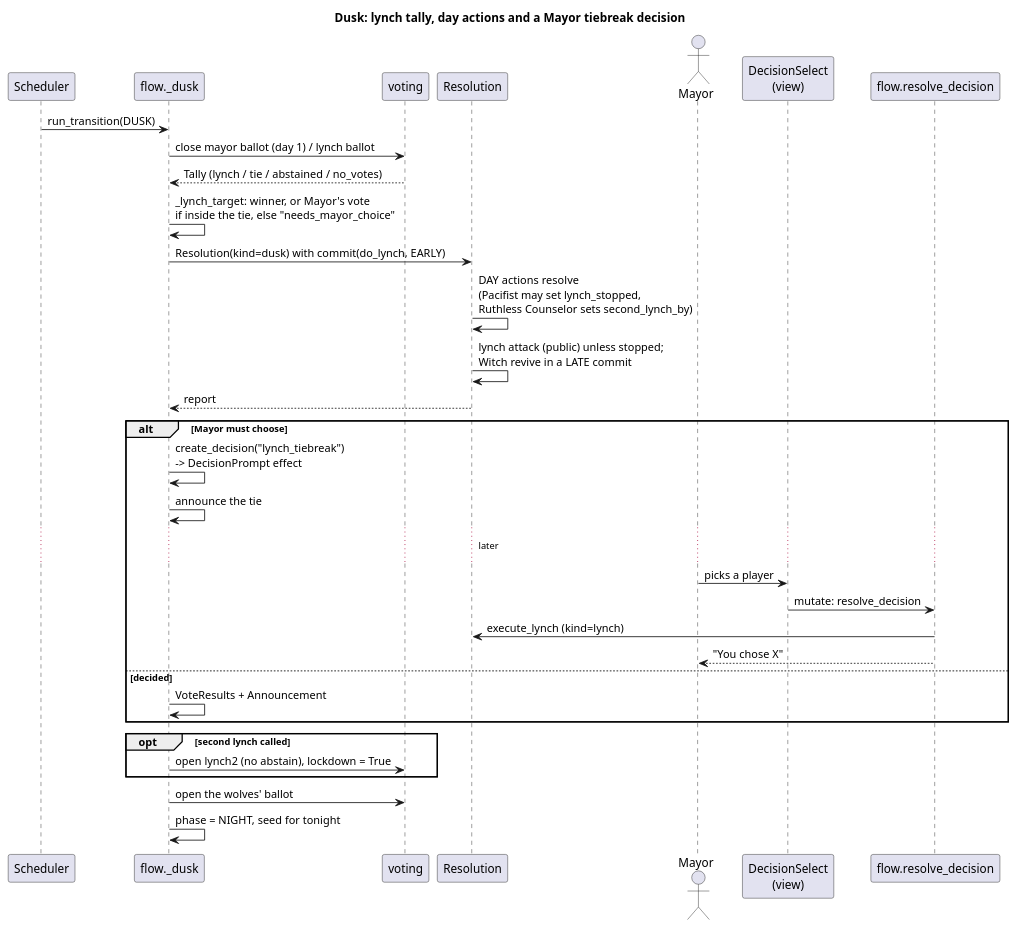
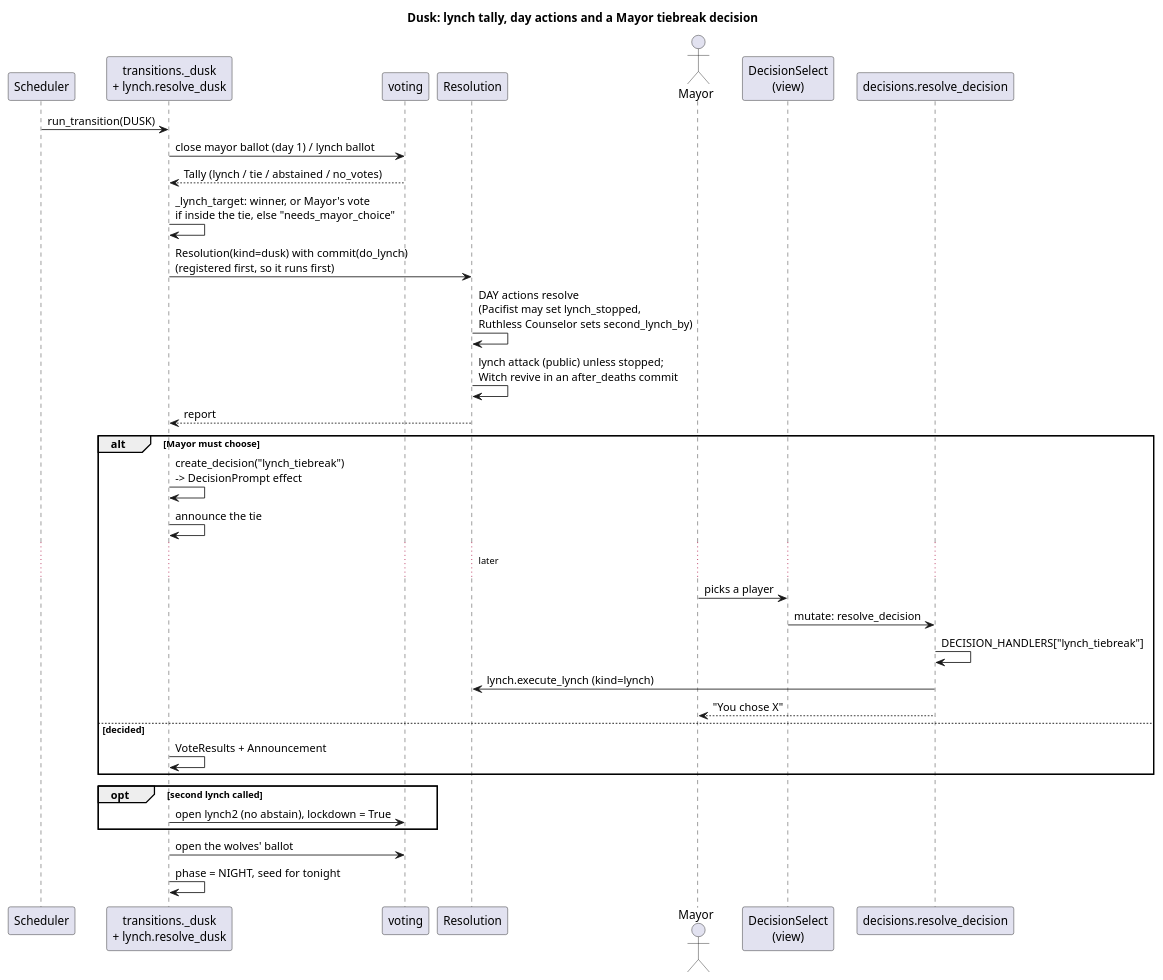
One commit to Mad-Scientist-Guild/Werewolves-bot changed the diagram in Docs/diagrams/12-seq-dusk-and-decision.puml. Above: the diagram before and after it, drawn with PlantUML. The commit also changed 87 other files, not shown here.

```diff
--- a/Docs/diagrams/12-seq-dusk-and-decision.puml
+++ b/Docs/diagrams/12-seq-dusk-and-decision.puml
@@ -1,36 +1,37 @@
 @startuml 12-seq-dusk-and-decision
 title Dusk: lynch tally, day actions and a Mayor tiebreak decision
 
 participant Scheduler as S
-participant "flow._dusk" as D
+participant "transitions._dusk\n+ lynch.resolve_dusk" as D
 participant voting as V
 participant Resolution as RE
 actor Mayor
 participant "DecisionSelect\n(view)" as Sel
-participant "flow.resolve_decision" as RD
+participant "decisions.resolve_decision" as RD
 
 S -> D : run_transition(DUSK)
 D -> V : close mayor ballot (day 1) / lynch ballot
 V --> D : Tally (lynch / tie / abstained / no_votes)
 D -> D : _lynch_target: winner, or Mayor's vote\nif inside the tie, else "needs_mayor_choice"
-D -> RE : Resolution(kind=dusk) with commit(do_lynch, EARLY)
+D -> RE : Resolution(kind=dusk) with commit(do_lynch)\n(registered first, so it runs first)
 RE -> RE : DAY actions resolve\n(Pacifist may set lynch_stopped,\nRuthless Counselor sets second_lynch_by)
-RE -> RE : lynch attack (public) unless stopped;\nWitch revive in a LATE commit
+RE -> RE : lynch attack (public) unless stopped;\nWitch revive in an after_deaths commit
 RE --> D : report
 alt Mayor must choose
   D -> D : create_decision("lynch_tiebreak")\n-> DecisionPrompt effect
   D -> D : announce the tie
   ...later...
   Mayor -> Sel : picks a player
   Sel -> RD : mutate: resolve_decision
-  RD -> RE : execute_lynch (kind=lynch)
+  RD -> RD : DECISION_HANDLERS["lynch_tiebreak"]
+  RD -> RE : lynch.execute_lynch (kind=lynch)
   RD --> Mayor : "You chose X"
 else decided
   D -> D : VoteResults + Announcement
 end
 opt second lynch called
   D -> V : open lynch2 (no abstain), lockdown = True
 end
 D -> V : open the wolves' ballot
 D -> D : phase = NIGHT, seed for tonight
 @enduml
```
